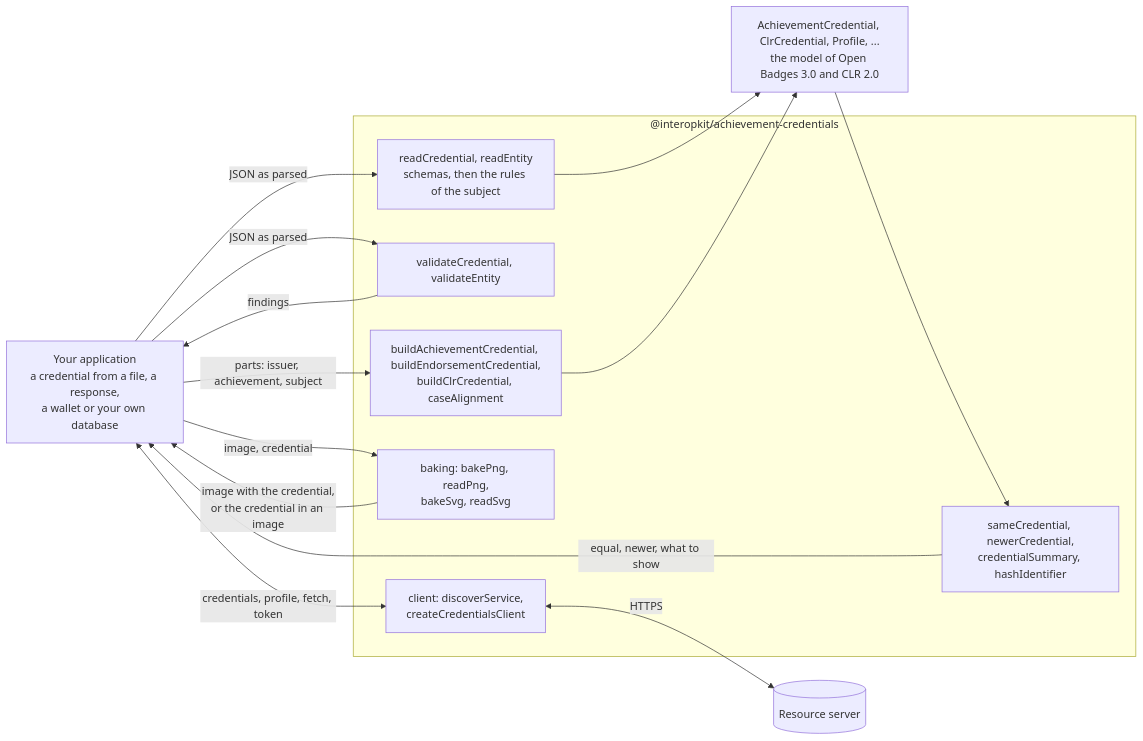
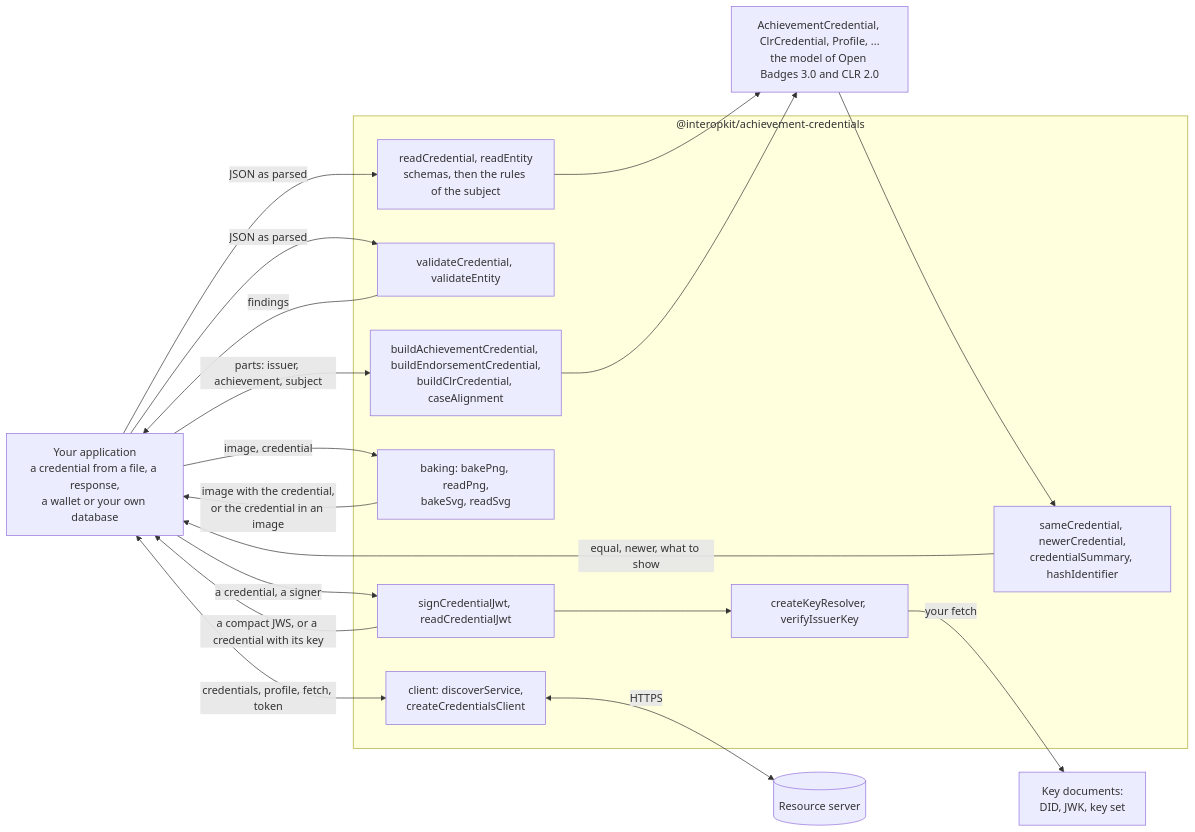
Before and after one commit to interopkit/interopkit: the diagram in packages/achievement-credentials/README.md, drawn with Mermaid. The commit also changed other lines of this file and 49 other files, not shown here.

First line of the commit message:
Add keys and JWT proofs to achievement-credentials: the key resolver, the binding of a key to its issuer, and credentials as signed and read JWTs

````diff
--- a/packages/achievement-credentials/README.md
+++ b/packages/achievement-credentials/README.md
@@ -11,25 +12,31 @@
 ```mermaid
 flowchart LR
   host["Your application<br/>a credential from a file, a response,<br/>a wallet or your own database"]
   subgraph pkg["@interopkit/achievement-credentials"]
     read["readCredential, readEntity<br/>schemas, then the rules of the subject"]
     validate["validateCredential, validateEntity"]
     build["buildAchievementCredential, buildEndorsementCredential,<br/>buildClrCredential, caseAlignment"]
     compare["sameCredential, newerCredential,<br/>credentialSummary, hashIdentifier"]
     baking["baking: bakePng, readPng,<br/>bakeSvg, readSvg"]
     client["client: discoverService,<br/>createCredentialsClient"]
+    jwt["signCredentialJwt, readCredentialJwt"]
+    keys["createKeyResolver, verifyIssuerKey"]
   end
   model["AchievementCredential, ClrCredential, Profile, ...<br/>the model of Open Badges 3.0 and CLR 2.0"]
   host -->|"JSON as parsed"| read
   read --> model
   host -->|"JSON as parsed"| validate
   validate -->|"findings"| host
   host -->|"parts: issuer, achievement, subject"| build
   build --> model
   model --> compare
   compare -->|"equal, newer, what to show"| host
   host -->|"image, credential"| baking
   baking -->|"image with the credential,<br/>or the credential in an image"| host
   host <-->|"credentials, profile, fetch, token"| client
   client <-->|"HTTPS"| server[("Resource server")]
+  host -->|"a credential, a signer"| jwt
+  jwt -->|"a compact JWS, or a credential with its key"| host
+  jwt --> keys
+  keys -->|"your fetch"| docs["Key documents:<br/>DID, JWK, key set"]
 ```
````
